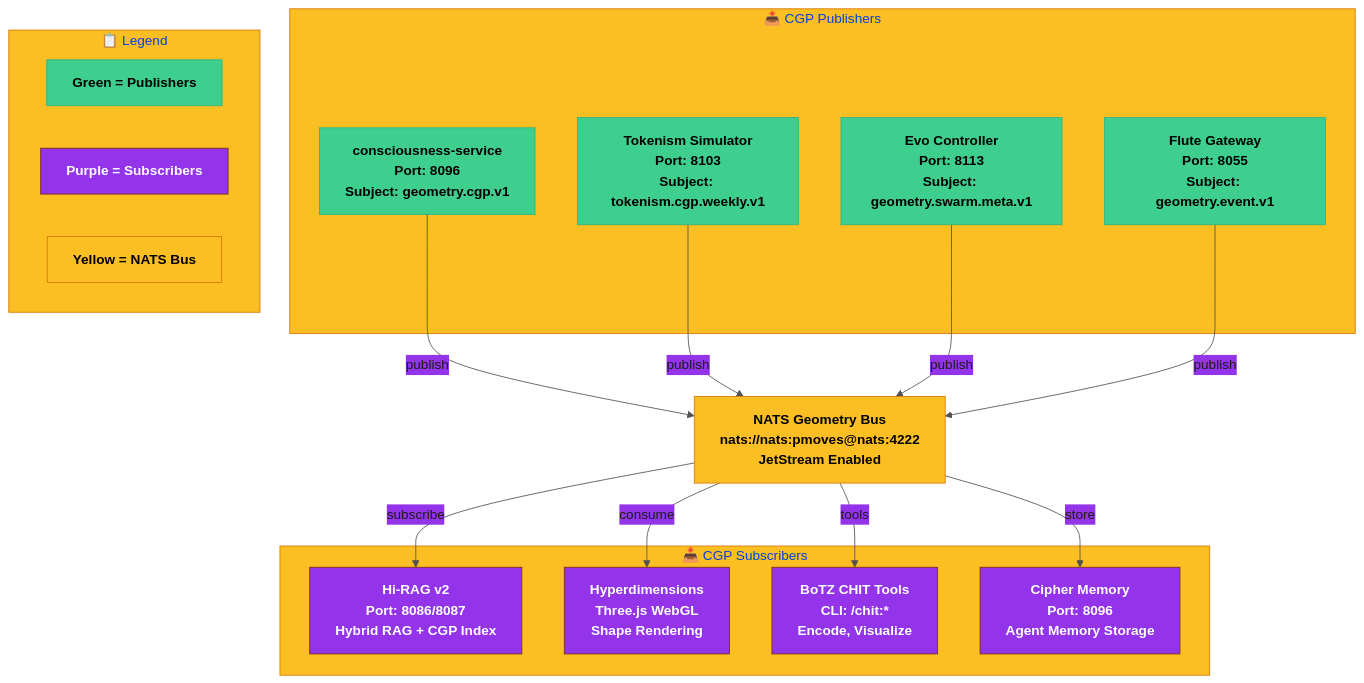
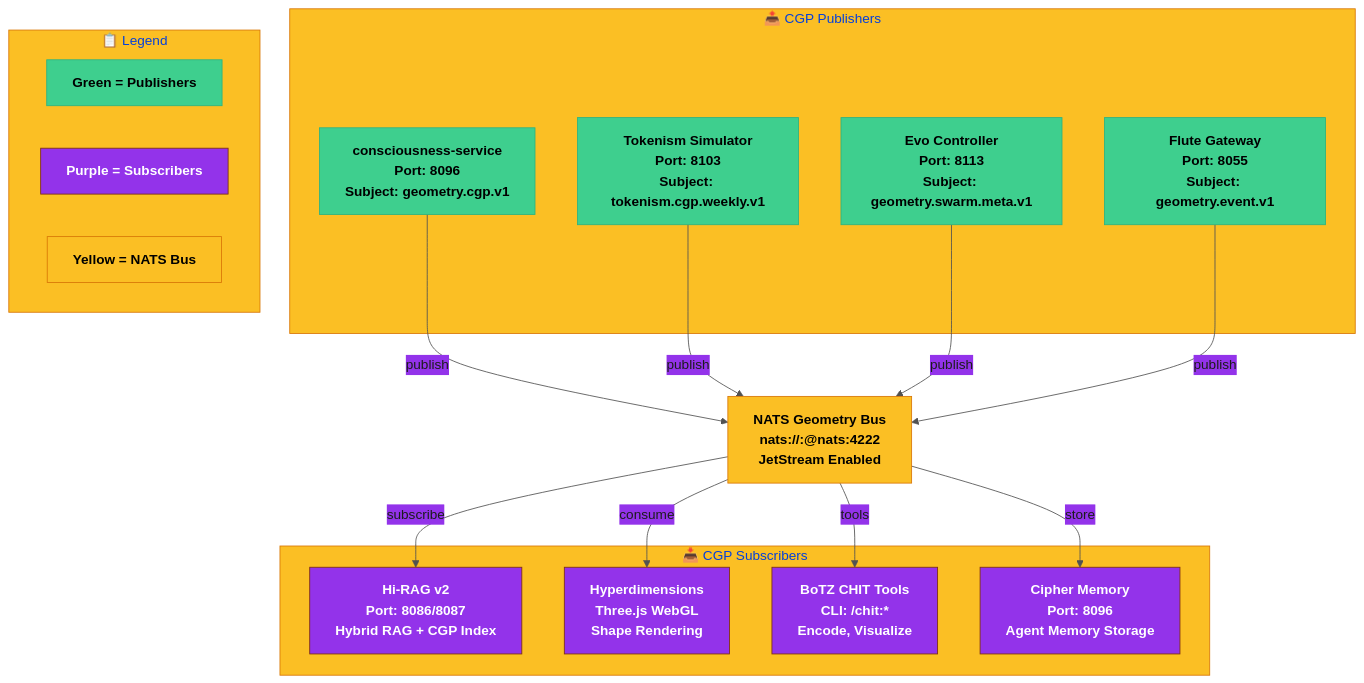
One commit to POWERFULMOVES/PMOVES.AI changed the diagram in pmoves/docs/geometry-bus/diagrams/architecture.mmd. Above: the diagram before and after it, drawn with Mermaid. The commit also changed 139 other files, not shown here.

```diff
--- a/pmoves/docs/geometry-bus/diagrams/architecture.mmd
+++ b/pmoves/docs/geometry-bus/diagrams/architecture.mmd
@@ -1,49 +1,49 @@
 %%{init: {'theme':'base', 'themeVariables': {
   'primaryColor': '#3ecf8e',
   'primaryBorderColor': '#3ecf8e',
   'secondaryColor': '#9333ea',
   'secondaryBorderColor': '#a855f7',
   'tertiaryColor': '#fbbf24',
   'tertiaryBorderColor': '#d97706',
   'background': 'transparent',
   'primaryTextColor': '#1c1c1c',
   'lineColor': '#525252'
 }}}%%
 flowchart TD
     classDef publisher fill:#3ecf8e,stroke:#2db380,color:#000,font-weight:bold
     classDef subscriber fill:#9333ea,stroke:#7c2d12,color:#fff,font-weight:bold
     classDef bus fill:#fbbf24,stroke:#d97706,color:#000,font-weight:bold
     classDef service fill:#404040,stroke:#525252,color:#ededed
 
     subgraph Publishers["📤 CGP Publishers"]
         CS["consciousness-service<br/>Port: 8096<br/>Subject: geometry.cgp.v1"]:::publisher
         TS["Tokenism Simulator<br/>Port: 8103<br/>Subject: tokenism.cgp.weekly.v1"]:::publisher
         EC["Evo Controller<br/>Port: 8113<br/>Subject: geometry.swarm.meta.v1"]:::publisher
         FG["Flute Gateway<br/>Port: 8055<br/>Subject: geometry.event.v1"]:::publisher
     end
 
     subgraph Subscribers["📥 CGP Subscribers"]
         HR["Hi-RAG v2<br/>Port: 8086/8087<br/>Hybrid RAG + CGP Index"]:::subscriber
         HD["Hyperdimensions<br/>Three.js WebGL<br/>Shape Rendering"]:::subscriber
         BS["BoTZ CHIT Tools<br/>CLI: /chit:*<br/>Encode, Visualize"]:::subscriber
         CM["Cipher Memory<br/>Port: 8096<br/>Agent Memory Storage"]:::subscriber
     end
 
-    NATS["NATS Geometry Bus<br/>nats://nats:pmoves@nats:4222<br/>JetStream Enabled"]:::bus
+    NATS["NATS Geometry Bus<br/>nats://<user>:<password>@nats:4222<br/>JetStream Enabled"]:::bus
 
     CS -->|"publish"| NATS
     TS -->|"publish"| NATS
     EC -->|"publish"| NATS
     FG -->|"publish"| NATS
 
     NATS -->|"subscribe"| HR
     NATS -->|"consume"| HD
     NATS -->|"tools"| BS
     NATS -->|"store"| CM
 
     %% Legend
     subgraph Legend["📋 Legend"]
         PUB["Green = Publishers"]:::publisher
         SUB["Purple = Subscribers"]:::subscriber
         BUS["Yellow = NATS Bus"]:::bus
     end
```
